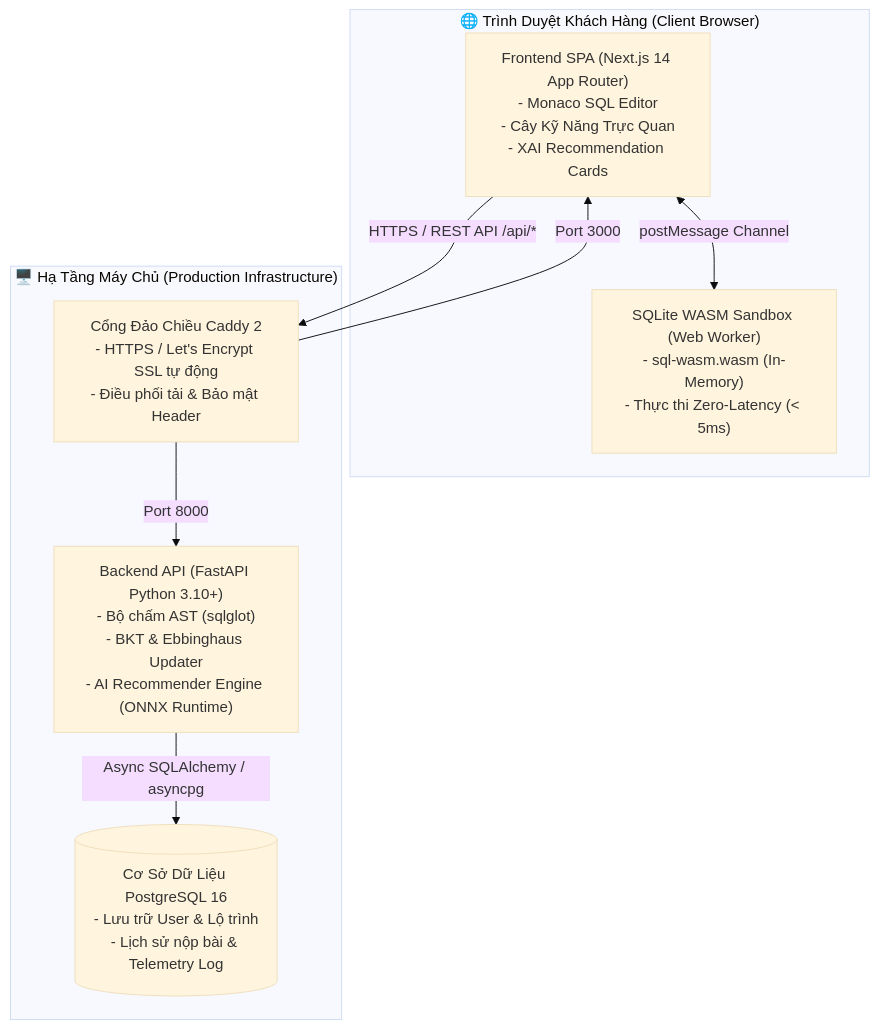
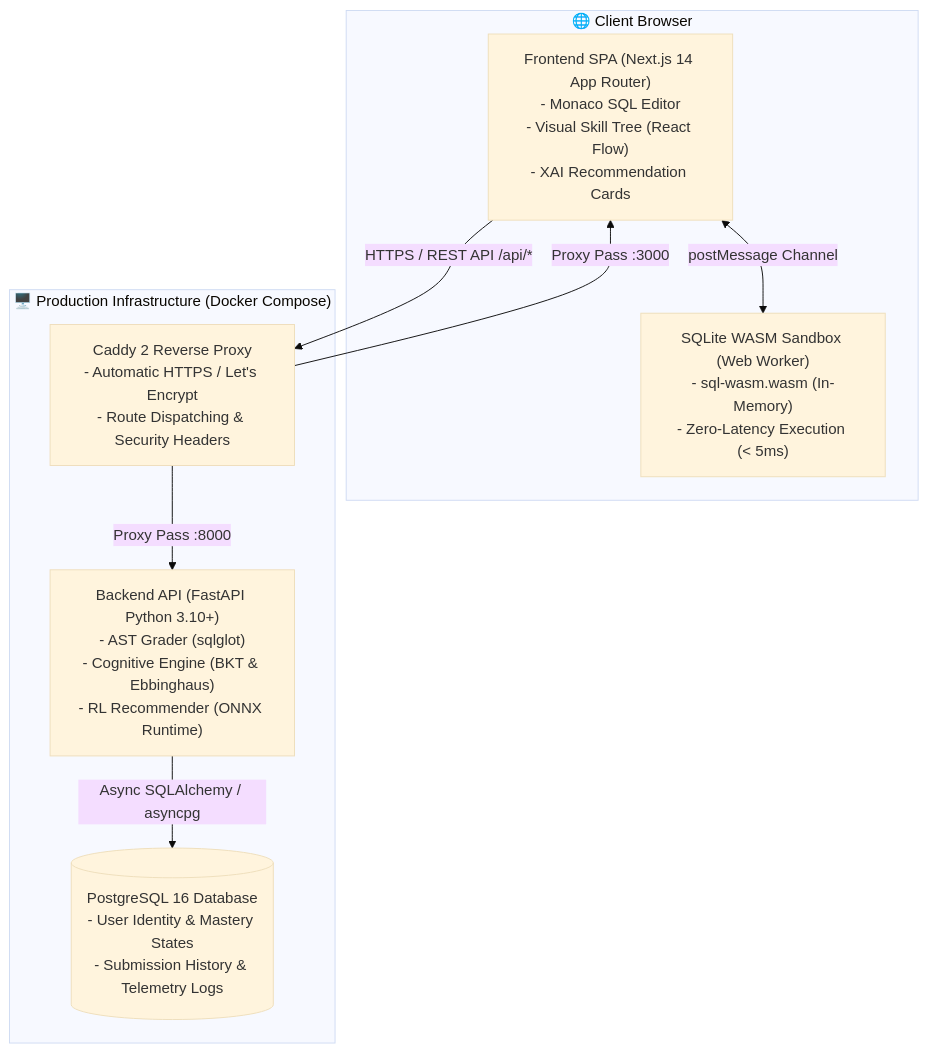
The diagram in README.md (diepvanhieu25-tech/ascend-lms), drawn with Mermaid (base theme) before and after one commit. The commit also changed other lines of this file, not shown here.

````diff
--- a/README.md
+++ b/README.md
@@ -59,21 +65,21 @@
 ```mermaid
 graph TB
-    subgraph ClientBrowser ["🌐 Trình Duyệt Khách Hàng (Client Browser)"]
-        SPA["Frontend SPA (Next.js 14 App Router)<br/>- Monaco SQL Editor<br/>- Cây Kỹ Năng Trực Quan<br/>- XAI Recommendation Cards"]
-        WASM_Worker["SQLite WASM Sandbox (Web Worker)<br/>- sql-wasm.wasm (In-Memory)<br/>- Thực thi Zero-Latency (< 5ms)"]
+    subgraph ClientBrowser ["🌐 Client Browser"]
+        SPA["Frontend SPA (Next.js 14 App Router)<br/>- Monaco SQL Editor<br/>- Visual Skill Tree (React Flow)<br/>- XAI Recommendation Cards"]
+        WASM_Worker["SQLite WASM Sandbox (Web Worker)<br/>- sql-wasm.wasm (In-Memory)<br/>- Zero-Latency Execution (< 5ms)"]
         SPA <-->|postMessage Channel| WASM_Worker
     end
 
-    subgraph InfraServer ["🖥️ Hạ Tầng Máy Chủ (Production Infrastructure)"]
-        ReverseProxy["Cổng Đảo Chiều Caddy 2<br/>- HTTPS / Let's Encrypt SSL tự động<br/>- Điều phối tải & Bảo mật Header"]
+    subgraph InfraServer ["🖥️ Production Infrastructure (Docker Compose)"]
+        ReverseProxy["Caddy 2 Reverse Proxy<br/>- Automatic HTTPS / Let's Encrypt<br/>- Route Dispatching & Security Headers"]
         
-        API_Backend["Backend API (FastAPI Python 3.10+)<br/>- Bộ chấm AST (sqlglot)<br/>- BKT & Ebbinghaus Updater<br/>- AI Recommender Engine (ONNX Runtime)"]
+        API_Backend["Backend API (FastAPI Python 3.10+)<br/>- AST Grader (sqlglot)<br/>- Cognitive Engine (BKT & Ebbinghaus)<br/>- RL Recommender (ONNX Runtime)"]
         
-        PostgresDB[("Cơ Sở Dữ Liệu PostgreSQL 16<br/>- Lưu trữ User & Lộ trình<br/>- Lịch sử nộp bài & Telemetry Log")]
+        PostgresDB[("PostgreSQL 16 Database<br/>- User Identity & Mastery States<br/>- Submission History & Telemetry Logs")]
     end
 
     SPA -->|HTTPS / REST API /api/*| ReverseProxy
-    ReverseProxy -->|Port 8000| API_Backend
-    ReverseProxy -->|Port 3000| SPA
+    ReverseProxy -->|Proxy Pass :8000| API_Backend
+    ReverseProxy -->|Proxy Pass :3000| SPA
     API_Backend -->|Async SQLAlchemy / asyncpg| PostgresDB
 ```
````
